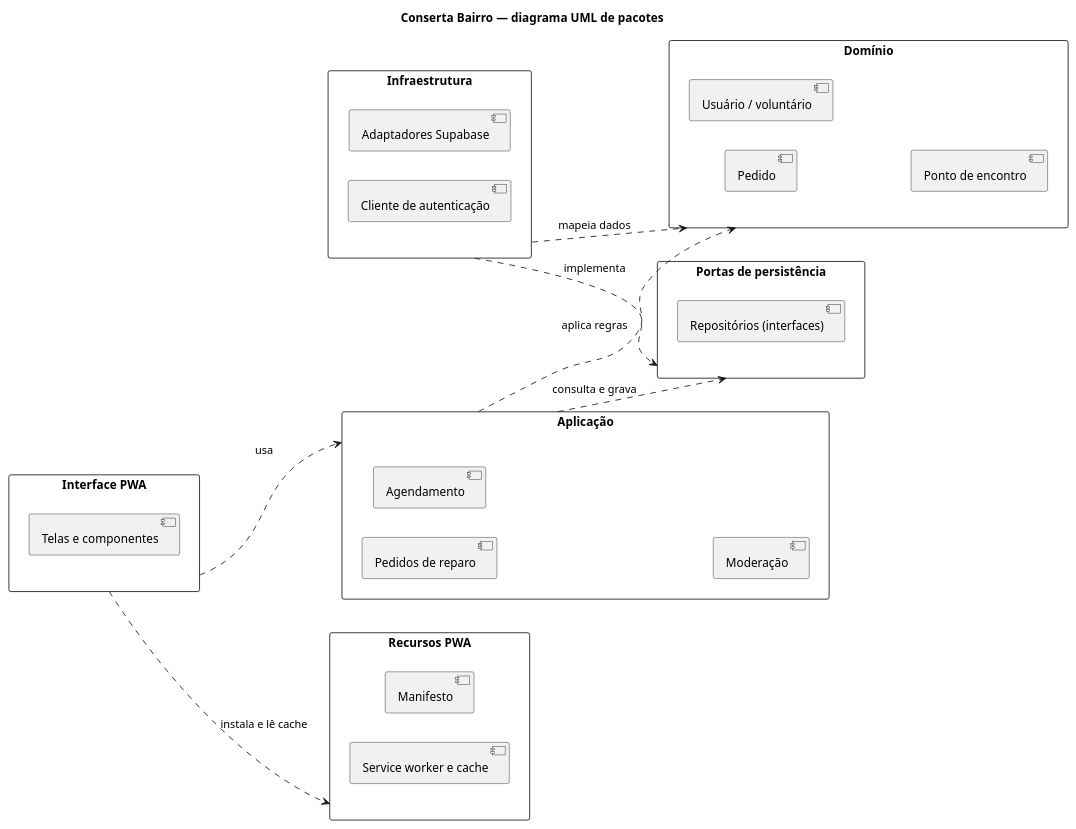
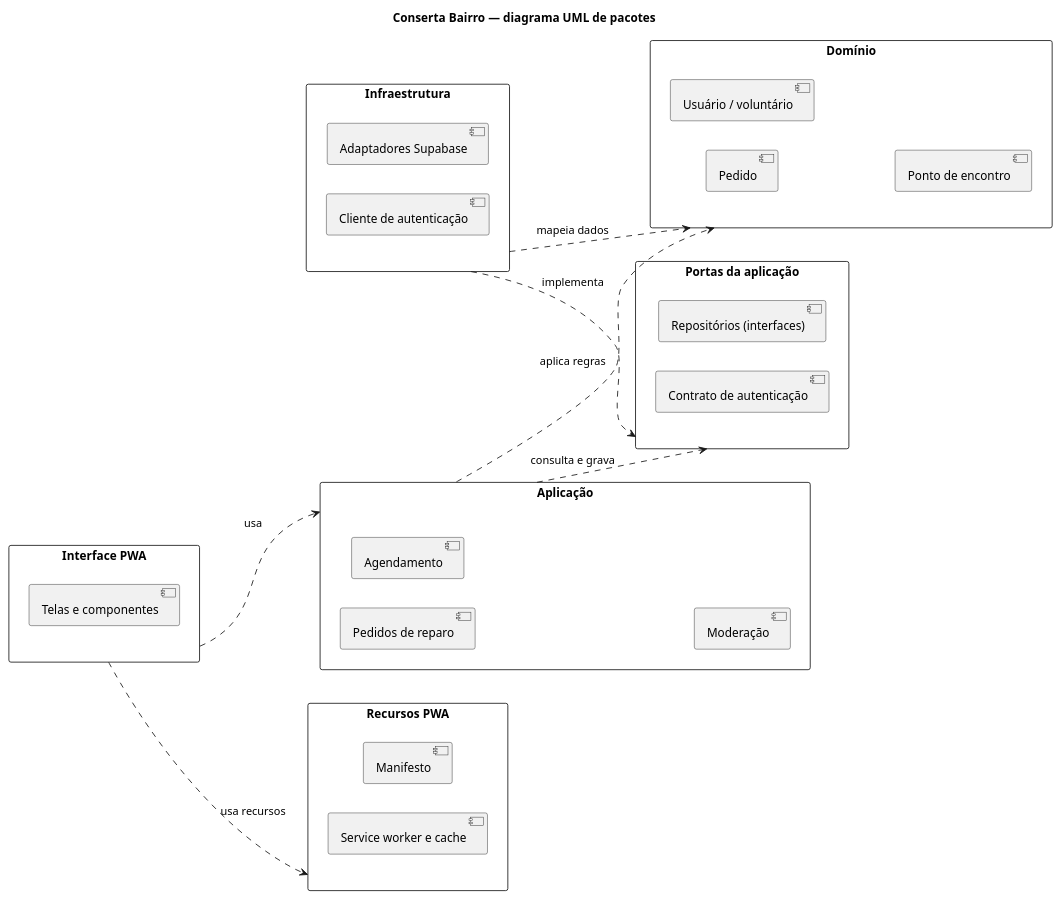
The diagram in docs/diagrama-pacotes.puml (akaharo/praticas-extensionistas-iv), drawn with PlantUML before and after one commit. The commit also changed 9 other files, not shown here.

Commit message:
Revisa diagramas e texto da entrega

```diff
--- a/docs/diagrama-pacotes.puml
+++ b/docs/diagrama-pacotes.puml
@@ -1,38 +1,39 @@
 @startuml
 title Conserta Bairro — diagrama UML de pacotes
 skinparam packageStyle rectangle
 skinparam shadowing false
 left to right direction
 
 package "Interface PWA" as UI {
   [Telas e componentes]
 }
 package "Recursos PWA" as PWA {
   [Manifesto]
   [Service worker e cache]
 }
 package "Aplicação" as APP {
   [Pedidos de reparo]
   [Agendamento]
   [Moderação]
 }
 package "Domínio" as DOM {
   [Pedido]
   [Usuário / voluntário]
   [Ponto de encontro]
 }
-package "Portas de persistência" as PORT {
+package "Portas da aplicação" as PORT {
   [Repositórios (interfaces)]
+  [Contrato de autenticação]
 }
 package "Infraestrutura" as INF {
   [Adaptadores Supabase]
   [Cliente de autenticação]
 }
 
 UI ..> APP : usa
-UI ..> PWA : instala e lê cache
+UI ..> PWA : usa recursos
 APP ..> DOM : aplica regras
 APP ..> PORT : consulta e grava
 INF ..> PORT : implementa
 INF ..> DOM : mapeia dados
 @enduml
```
